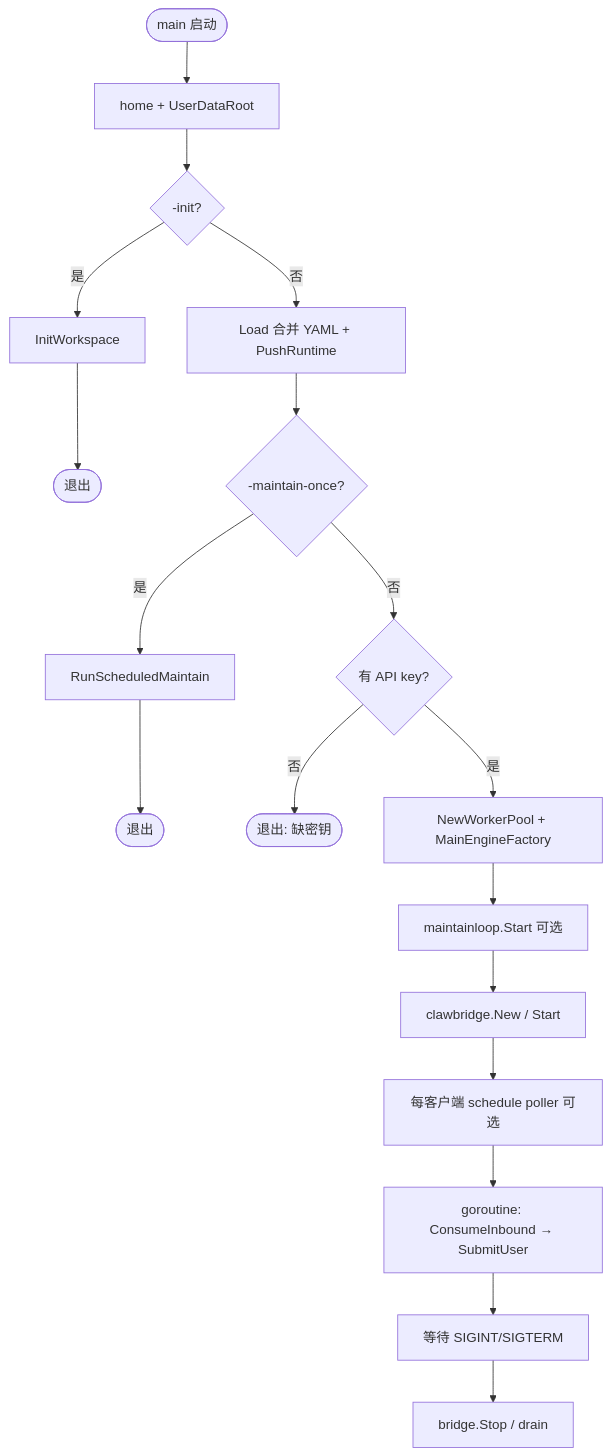
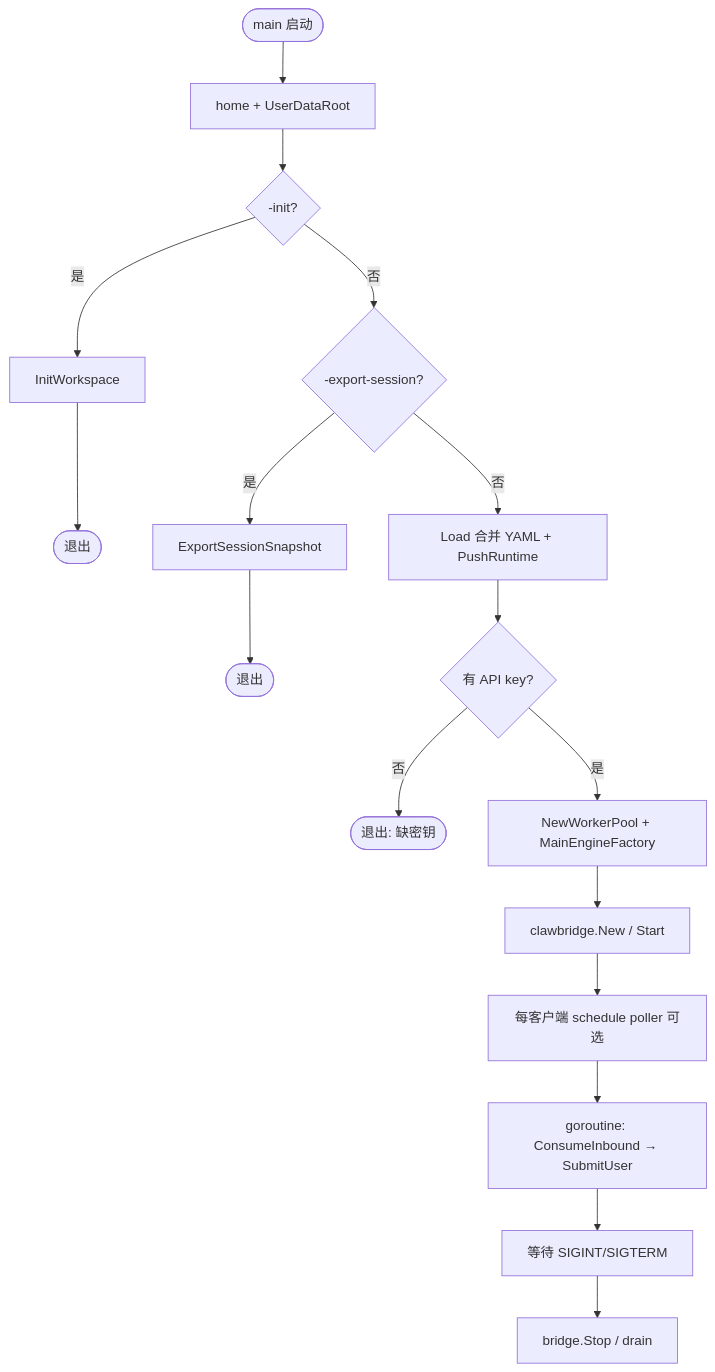
The first of 5 diagrams in docs/runtime-flow.md (lengzhao/oneclaw), drawn with Mermaid before and after one commit. The commit also changed other lines of this file and 140 other files, not shown here.

````diff
--- a/docs/runtime-flow.md
+++ b/docs/runtime-flow.md
@@ -19,18 +19,17 @@
 ```mermaid
 flowchart TB
   start([main 启动]) --> home[home + UserDataRoot]
   home --> init{-init?}
   init -->|是| ws[InitWorkspace] --> exit1([退出])
-  init -->|否| load[Load 合并 YAML + PushRuntime]
-  load --> mo{-maintain-once?}
-  mo -->|是| sm[RunScheduledMaintain] --> exit2([退出])
-  mo -->|否| api{有 API key?}
+  init -->|否| exp{-export-session?}
+  exp -->|是| snap[ExportSessionSnapshot] --> exit05([退出])
+  exp -->|否| load[Load 合并 YAML + PushRuntime]
+  load --> api{有 API key?}
   api -->|否| err([退出: 缺密钥])
   api -->|是| pool[NewWorkerPool + MainEngineFactory]
-  pool --> mloop[maintainloop.Start 可选]
-  mloop --> cb[clawbridge.New / Start]
+  pool --> cb[clawbridge.New / Start]
   cb --> poll[每客户端 schedule poller 可选]
   poll --> loop[goroutine: ConsumeInbound → SubmitUser]
   loop --> sig[等待 SIGINT/SIGTERM]
   sig --> shutdown[bridge.Stop / drain]
 ```
````
